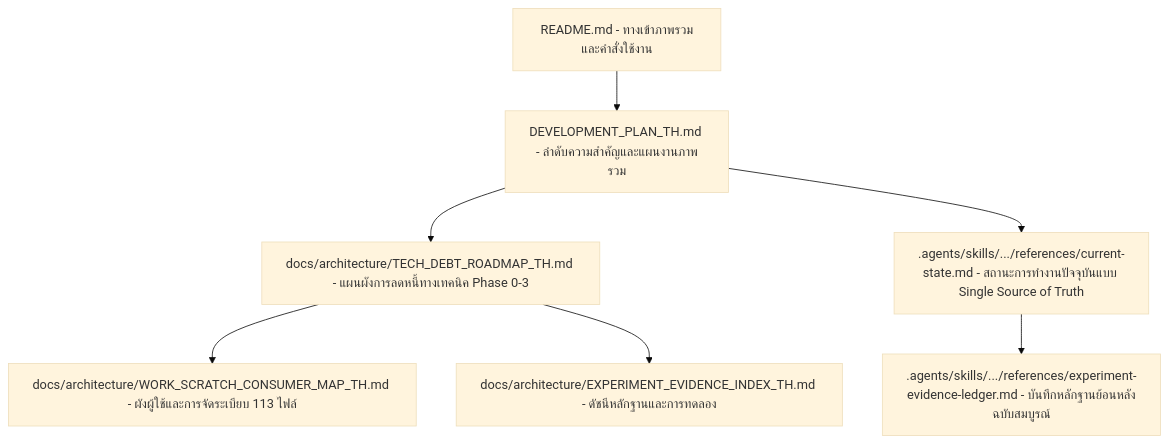
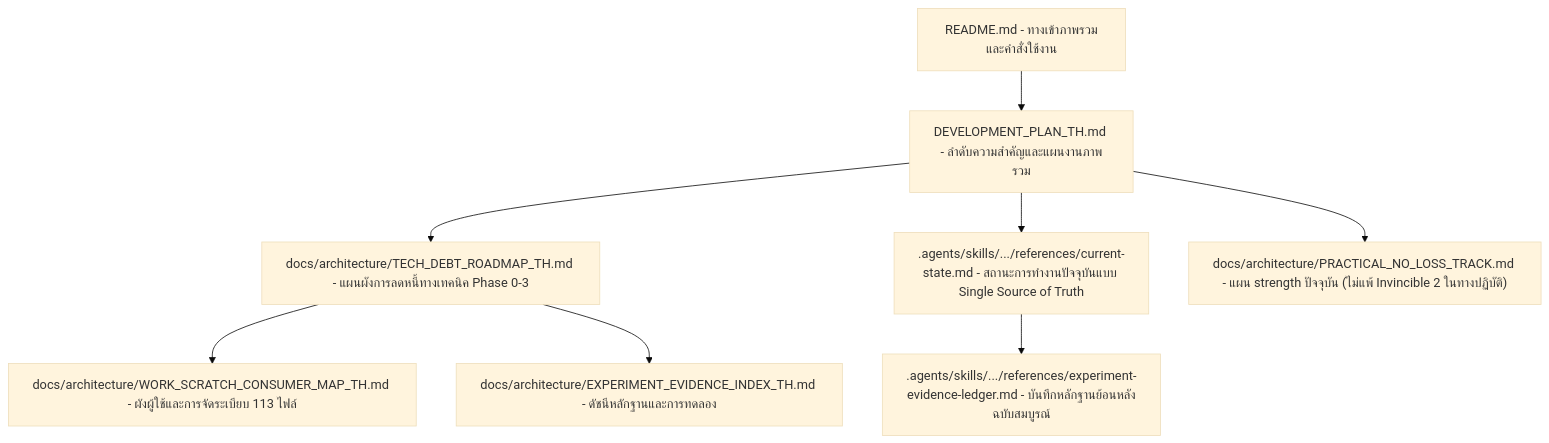
The diagram in docs/architecture/EXPERIMENT_EVIDENCE_INDEX_TH.md (1112eee2/Freed), drawn with Mermaid (base theme) before and after one commit. The commit also changed other lines of this file and 4 other files, not shown here.

First line of the commit message:
docs(strength): adopt practical no-loss track and record Phase 0 findings

````diff
--- a/docs/architecture/EXPERIMENT_EVIDENCE_INDEX_TH.md
+++ b/docs/architecture/EXPERIMENT_EVIDENCE_INDEX_TH.md
@@ -45,9 +46,10 @@
 ```mermaid
 graph TD
     README["README.md - ทางเข้าภาพรวมและคำสั่งใช้งาน"] --> DEVPLAN["DEVELOPMENT_PLAN_TH.md - ลำดับความสำคัญและแผนงานภาพรวม"]
     DEVPLAN --> TECHDEBT["docs/architecture/TECH_DEBT_ROADMAP_TH.md - แผนผังการลดหนี้ทางเทคนิค Phase 0-3"]
     DEVPLAN --> STATE[".agents/skills/.../references/current-state.md - สถานะการทำงานปัจจุบันแบบ Single Source of Truth"]
+    DEVPLAN --> TRACK["docs/architecture/PRACTICAL_NO_LOSS_TRACK.md - แผน strength ปัจจุบัน (ไม่แพ้ Invincible 2 ในทางปฏิบัติ)"]
     TECHDEBT --> MAP["docs/architecture/WORK_SCRATCH_CONSUMER_MAP_TH.md - ผังผู้ใช้และการจัดระเบียบ 113 ไฟล์"]
     TECHDEBT --> INDEX["docs/architecture/EXPERIMENT_EVIDENCE_INDEX_TH.md - ดัชนีหลักฐานและการทดลอง"]
     STATE --> LEDGER[".agents/skills/.../references/experiment-evidence-ledger.md - บันทึกหลักฐานย้อนหลังฉบับสมบูรณ์"]
 ```
````
